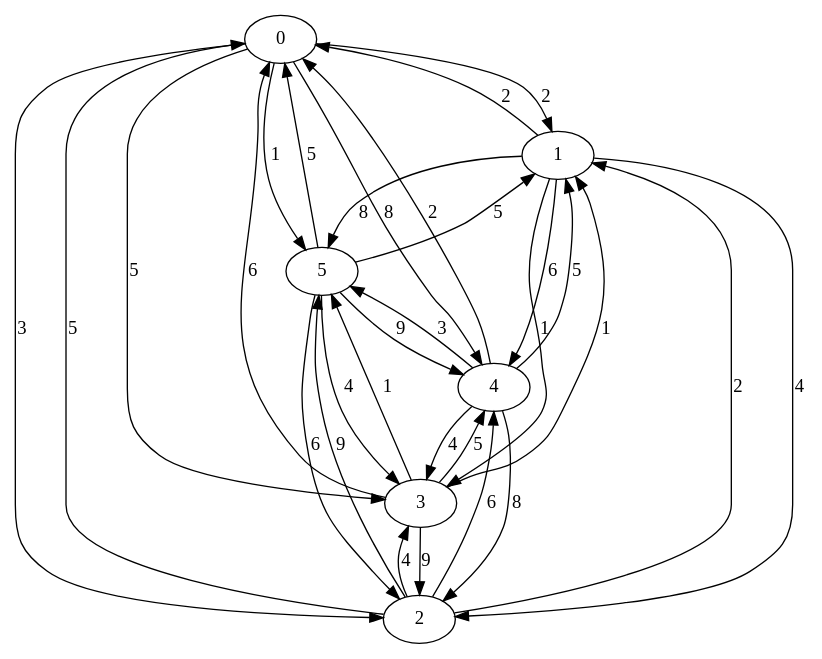
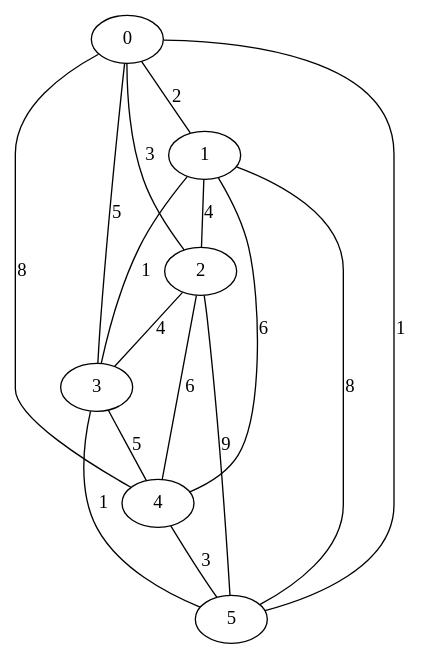
The diagram in src/figs/tsp_graph.gv (STUCOFF/tsp-solver), drawn with Graphviz before and after one commit. The commit also changed 6 other files, not shown here.

Commit message:
[FIX] fix graph

```diff
--- a/src/figs/tsp_graph.gv
+++ b/src/figs/tsp_graph.gv
@@ -1,32 +1,17 @@
-digraph {
-		0 -> 1 [label=2]
-		0 -> 2 [label=3]
-		0 -> 3 [label=5]
-		0 -> 4 [label=8]
-		0 -> 5 [label=1]
-		1 -> 0 [label=2]
-		1 -> 2 [label=4]
-		1 -> 3 [label=1]
-		1 -> 4 [label=6]
-		1 -> 5 [label=8]
-		2 -> 0 [label=5]
-		2 -> 1 [label=2]
-		2 -> 3 [label=4]
-		2 -> 4 [label=6]
-		2 -> 5 [label=9]
-		3 -> 0 [label=6]
-		3 -> 1 [label=1]
-		3 -> 2 [label=9]
-		3 -> 4 [label=5]
-		3 -> 5 [label=1]
-		4 -> 0 [label=2]
-		4 -> 1 [label=5]
-		4 -> 2 [label=8]
-		4 -> 3 [label=4]
-		4 -> 5 [label=3]
-		5 -> 0 [label=5]
-		5 -> 1 [label=5]
-		5 -> 2 [label=6]
-		5 -> 3 [label=4]
-		5 -> 4 [label=9]
+graph {
+		0 -- 1 [label=2]
+		0 -- 2 [label=3]
+		0 -- 3 [label=5]
+		0 -- 4 [label=8]
+		0 -- 5 [label=1]
+		1 -- 2 [label=4]
+		1 -- 3 [label=1]
+		1 -- 4 [label=6]
+		1 -- 5 [label=8]
+		2 -- 3 [label=4]
+		2 -- 4 [label=6]
+		2 -- 5 [label=9]
+		3 -- 4 [label=5]
+		3 -- 5 [label=1]
+		4 -- 5 [label=3]
 }
```
